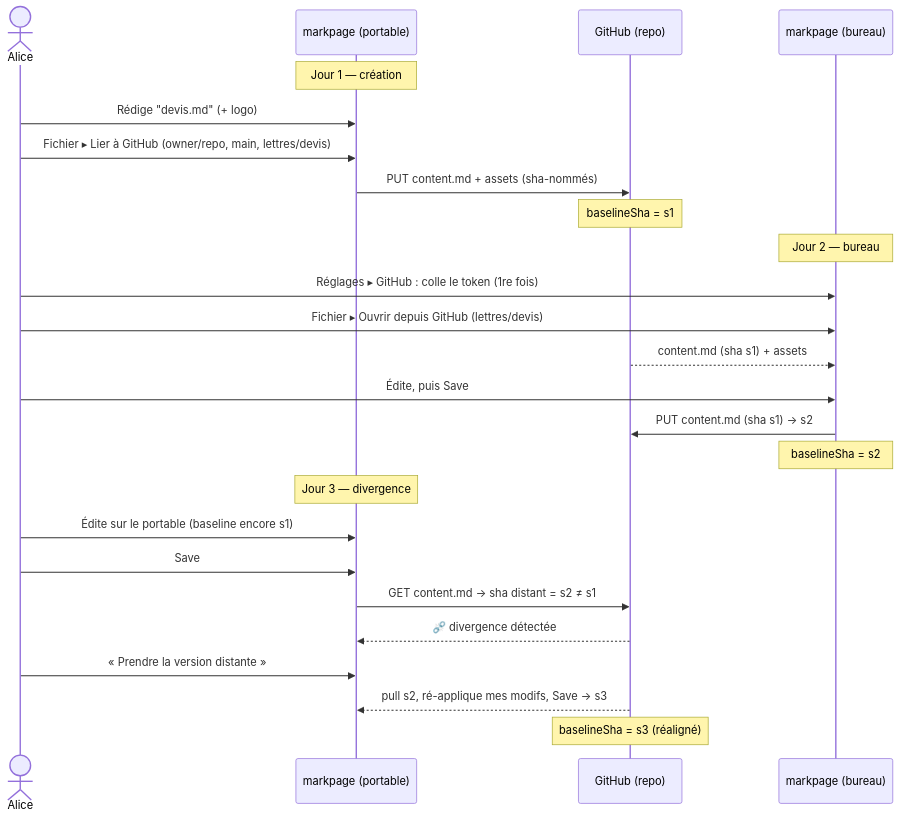
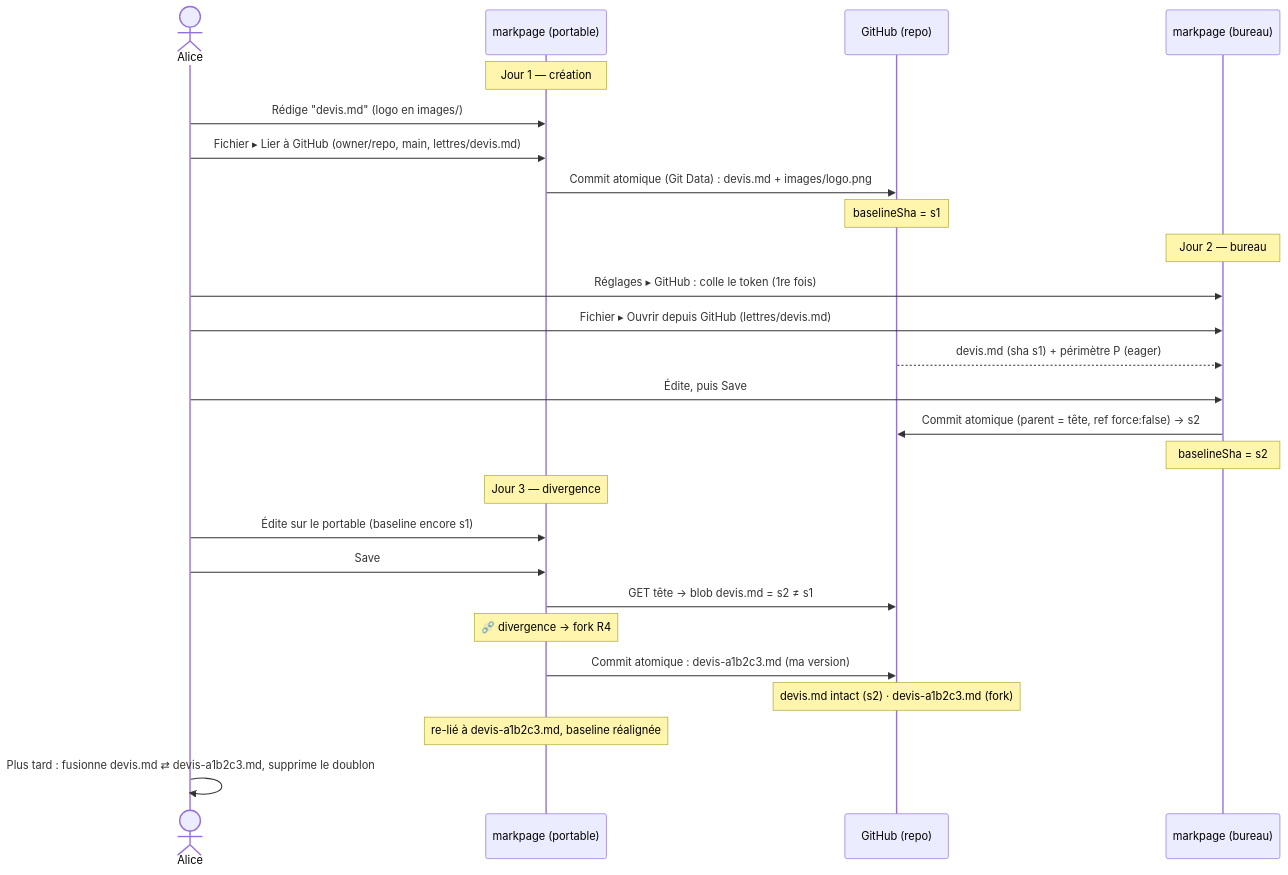
The diagram in docs/GITHUB-SYNC-SPEC.md (orlarey/markpage), drawn with Mermaid before and after one commit. The commit also changed other lines of this file and 2 other files, not shown here.

````diff
--- a/docs/GITHUB-SYNC-SPEC.md
+++ b/docs/GITHUB-SYNC-SPEC.md
@@ -150,30 +483,31 @@
-```mermaid "Cycle multi-plateforme avec divergence"
+```mermaid "Cycle multi-plateforme avec divergence (fork R4)"
 sequenceDiagram
     actor A as Alice
     participant L as markpage (portable)
     participant G as GitHub (repo)
     participant D as markpage (bureau)
 
     Note over L: Jour 1 — création
-    A->>L: Rédige "devis.md" (+ logo)
-    A->>L: Fichier ▸ Lier à GitHub (owner/repo, main, lettres/devis)
-    L->>G: PUT content.md + assets (sha-nommés)
+    A->>L: Rédige "devis.md" (logo en images/)
+    A->>L: Fichier ▸ Lier à GitHub (owner/repo, main, lettres/devis.md)
+    L->>G: Commit atomique (Git Data) : devis.md + images/logo.png
     Note over G: baselineSha = s1
 
     Note over D: Jour 2 — bureau
     A->>D: Réglages ▸ GitHub : colle le token (1re fois)
-    A->>D: Fichier ▸ Ouvrir depuis GitHub (lettres/devis)
-    G-->>D: content.md (sha s1) + assets
+    A->>D: Fichier ▸ Ouvrir depuis GitHub (lettres/devis.md)
+    G-->>D: devis.md (sha s1) + périmètre P (eager)
     A->>D: Édite, puis Save
-    D->>G: PUT content.md (sha s1) → s2
+    D->>G: Commit atomique (parent = tête, ref force:false) → s2
     Note over D: baselineSha = s2
 
     Note over L: Jour 3 — divergence
     A->>L: Édite sur le portable (baseline encore s1)
     A->>L: Save
-    L->>G: GET content.md → sha distant = s2 ≠ s1
-    G-->>L: ⛓️‍💥 divergence détectée
-    A->>L: « Prendre la version distante »
-    G-->>L: pull s2, ré-applique mes modifs, Save → s3
-    Note over G: baselineSha = s3 (réaligné)
+    L->>G: GET tête → blob devis.md = s2 ≠ s1
+    Note over L: ⛓️‍💥 divergence → fork R4
+    L->>G: Commit atomique : devis-a1b2c3.md (ma version)
+    Note over G: devis.md intact (s2) · devis-a1b2c3.md (fork)
+    Note over L: re-lié à devis-a1b2c3.md, baseline réalignée
+    A->>A: Plus tard : fusionne devis.md ⇄ devis-a1b2c3.md, supprime le doublon
 ```
````
